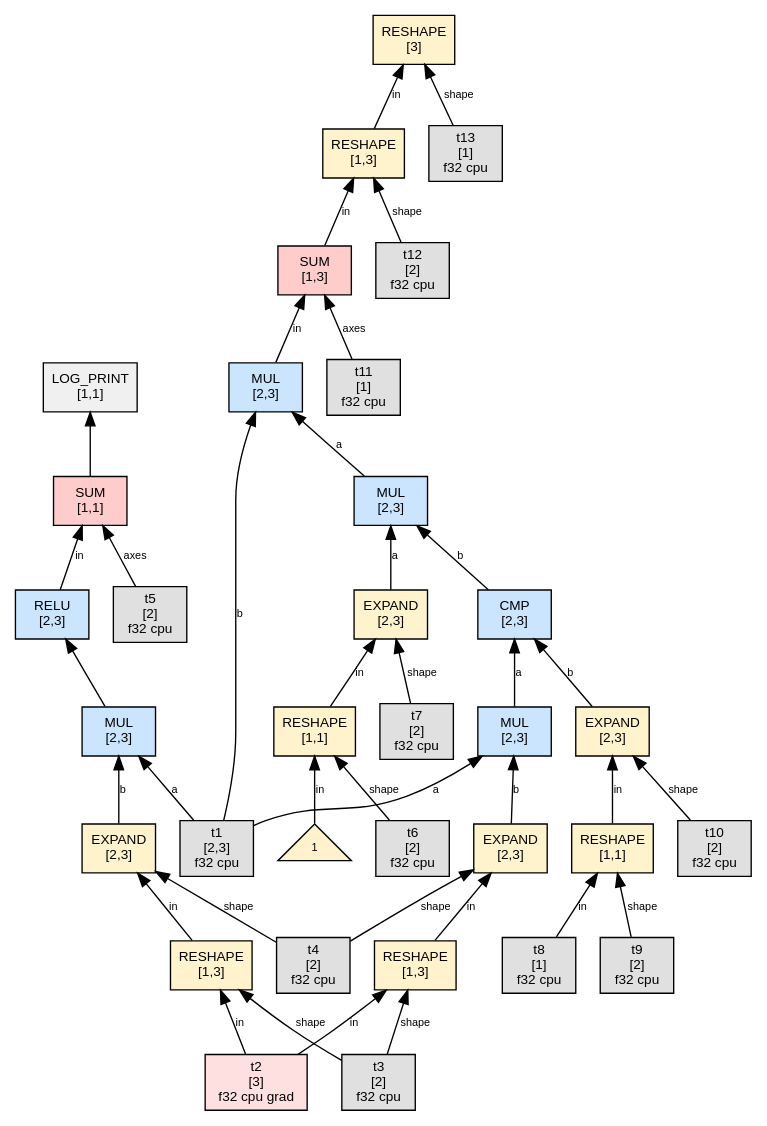
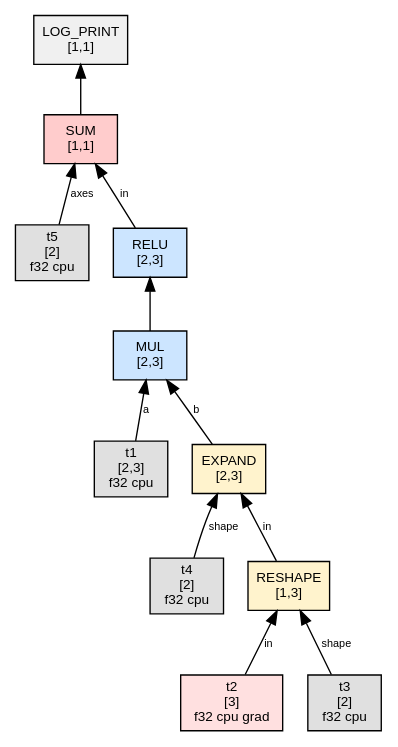
The diagram in phase2_graphs/tiny_single_param/thvm_1_post_reduce.dot (sw1sh/TinyHVM), drawn with Graphviz before and after one commit. The commit also changed 993 other files, not shown here.

First line of the commit message:
test: refresh canonical phase graph archives

```diff
--- a/phase2_graphs/tiny_single_param/thvm_1_post_reduce.dot
+++ b/phase2_graphs/tiny_single_param/thvm_1_post_reduce.dot
@@ -1,75 +1,27 @@
 digraph G {
   rankdir=BT;
   node [fontname="Helvetica", fontsize=10, style=filled, shape=box, margin="0.1,0.05"];
   edge [fontsize=8, fontname="Helvetica"];
 
+  n1 [label="RESHAPE\n[1,3]", shape=box, fillcolor="#fff3cd"];
+  t2 [label="t2\n[3]\nf32 cpu grad",shape=box,fillcolor="#ffe0e0"];
+  t2 -> n1 [label="in"];
+  t3 [label="t3\n[2]\nf32 cpu",shape=box,fillcolor="#e0e0e0"];
+  t3 -> n1 [label="shape"];
+  n5 [label="EXPAND\n[2,3]", shape=box, fillcolor="#fff3cd"];
+  n1 -> n5 [label="in"];
+  t4 [label="t4\n[2]\nf32 cpu",shape=box,fillcolor="#e0e0e0"];
+  t4 -> n5 [label="shape"];
+  n9 [label="MUL\n[2,3]", shape=box, fillcolor="#cce5ff"];
+  t1 [label="t1\n[2,3]\nf32 cpu",shape=box,fillcolor="#e0e0e0"];
+  t1 -> n9 [label="a"];
+  n5 -> n9 [label="b"];
+  n13 [label="RELU\n[2,3]", shape=box, fillcolor="#cce5ff"];
+  n9 -> n13 [label=""];
   n30 [label="SUM\n[1,1]", shape=box, fillcolor="#ffcccc"];
-  n46 -> n30 [label="in"];
+  n13 -> n30 [label="in"];
   t5 [label="t5\n[2]\nf32 cpu",shape=box,fillcolor="#e0e0e0"];
   t5 -> n30 [label="axes"];
   n23 [label="LOG_PRINT\n[1,1]", shape=box, fillcolor="#f0f0f0"];
   n30 -> n23 [label=""];
-  n135 [label="RESHAPE\n[3]", shape=box, fillcolor="#fff3cd"];
-  n115 -> n135 [label="in"];
-  t13 [label="t13\n[1]\nf32 cpu",shape=box,fillcolor="#e0e0e0"];
-  t13 -> n135 [label="shape"];
-  n46 [label="RELU\n[2,3]", shape=box, fillcolor="#cce5ff"];
-  n65 -> n46 [label=""];
-  n65 [label="MUL\n[2,3]", shape=box, fillcolor="#cce5ff"];
-  t1 [label="t1\n[2,3]\nf32 cpu",shape=box,fillcolor="#e0e0e0"];
-  t1 -> n65 [label="a"];
-  n88 -> n65 [label="b"];
-  n88 [label="EXPAND\n[2,3]", shape=box, fillcolor="#fff3cd"];
-  n123 -> n88 [label="in"];
-  t4 [label="t4\n[2]\nf32 cpu",shape=box,fillcolor="#e0e0e0"];
-  t4 -> n88 [label="shape"];
-  n98 [label="MUL\n[2,3]", shape=box, fillcolor="#cce5ff"];
-  n143 -> n98 [label="a"];
-  n148 -> n98 [label="b"];
-  n123 [label="RESHAPE\n[1,3]", shape=box, fillcolor="#fff3cd"];
-  t2 [label="t2\n[3]\nf32 cpu grad",shape=box,fillcolor="#ffe0e0"];
-  t2 -> n123 [label="in"];
-  t3 [label="t3\n[2]\nf32 cpu",shape=box,fillcolor="#e0e0e0"];
-  t3 -> n123 [label="shape"];
-  n143 [label="EXPAND\n[2,3]", shape=box, fillcolor="#fff3cd"];
-  n160 -> n143 [label="in"];
-  t7 [label="t7\n[2]\nf32 cpu",shape=box,fillcolor="#e0e0e0"];
-  t7 -> n143 [label="shape"];
-  n148 [label="CMP\n[2,3]", shape=box, fillcolor="#cce5ff"];
-  n166 -> n148 [label="a"];
-  n171 -> n148 [label="b"];
-  n78 [label="MUL\n[2,3]", shape=box, fillcolor="#cce5ff"];
-  n98 -> n78 [label="a"];
-  t1 -> n78 [label="b"];
-  n111 [label="SUM\n[1,3]", shape=box, fillcolor="#ffcccc"];
-  n78 -> n111 [label="in"];
-  t11 [label="t11\n[1]\nf32 cpu",shape=box,fillcolor="#e0e0e0"];
-  t11 -> n111 [label="axes"];
-  n115 [label="RESHAPE\n[1,3]", shape=box, fillcolor="#fff3cd"];
-  n111 -> n115 [label="in"];
-  t12 [label="t12\n[2]\nf32 cpu",shape=box,fillcolor="#e0e0e0"];
-  t12 -> n115 [label="shape"];
-  n160 [label="RESHAPE\n[1,1]", shape=box, fillcolor="#fff3cd"];
-  num160_0 [label="1",shape=triangle,fillcolor="#fff2cc",fontsize=8];
-  num160_0 -> n160 [label="in"];
-  t6 [label="t6\n[2]\nf32 cpu",shape=box,fillcolor="#e0e0e0"];
-  t6 -> n160 [label="shape"];
-  n166 [label="MUL\n[2,3]", shape=box, fillcolor="#cce5ff"];
-  t1 -> n166 [label="a"];
-  n184 -> n166 [label="b"];
-  n171 [label="EXPAND\n[2,3]", shape=box, fillcolor="#fff3cd"];
-  n189 -> n171 [label="in"];
-  t10 [label="t10\n[2]\nf32 cpu",shape=box,fillcolor="#e0e0e0"];
-  t10 -> n171 [label="shape"];
-  n184 [label="EXPAND\n[2,3]", shape=box, fillcolor="#fff3cd"];
-  n199 -> n184 [label="in"];
-  t4 -> n184 [label="shape"];
-  n189 [label="RESHAPE\n[1,1]", shape=box, fillcolor="#fff3cd"];
-  t8 [label="t8\n[1]\nf32 cpu",shape=box,fillcolor="#e0e0e0"];
-  t8 -> n189 [label="in"];
-  t9 [label="t9\n[2]\nf32 cpu",shape=box,fillcolor="#e0e0e0"];
-  t9 -> n189 [label="shape"];
-  n199 [label="RESHAPE\n[1,3]", shape=box, fillcolor="#fff3cd"];
-  t2 -> n199 [label="in"];
-  t3 -> n199 [label="shape"];
 }
```
